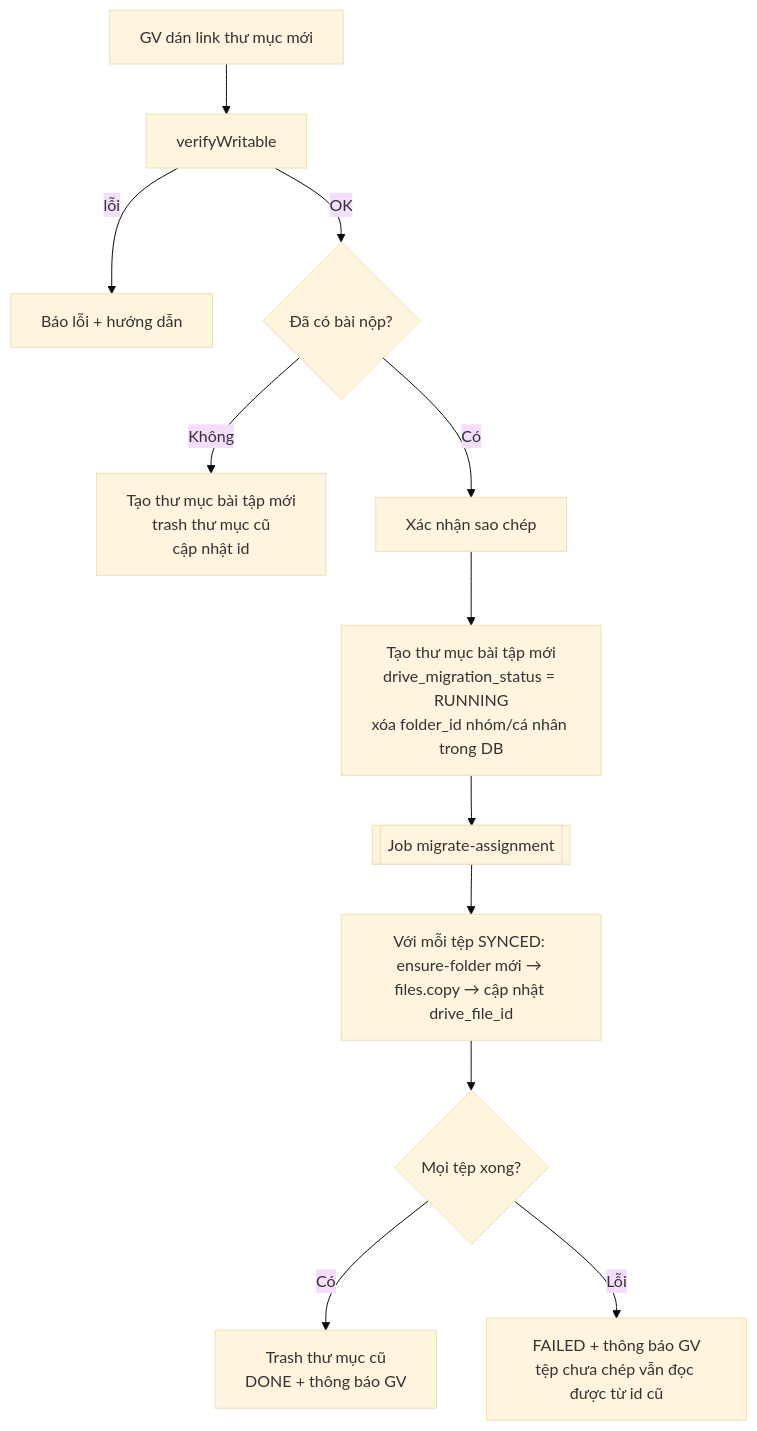
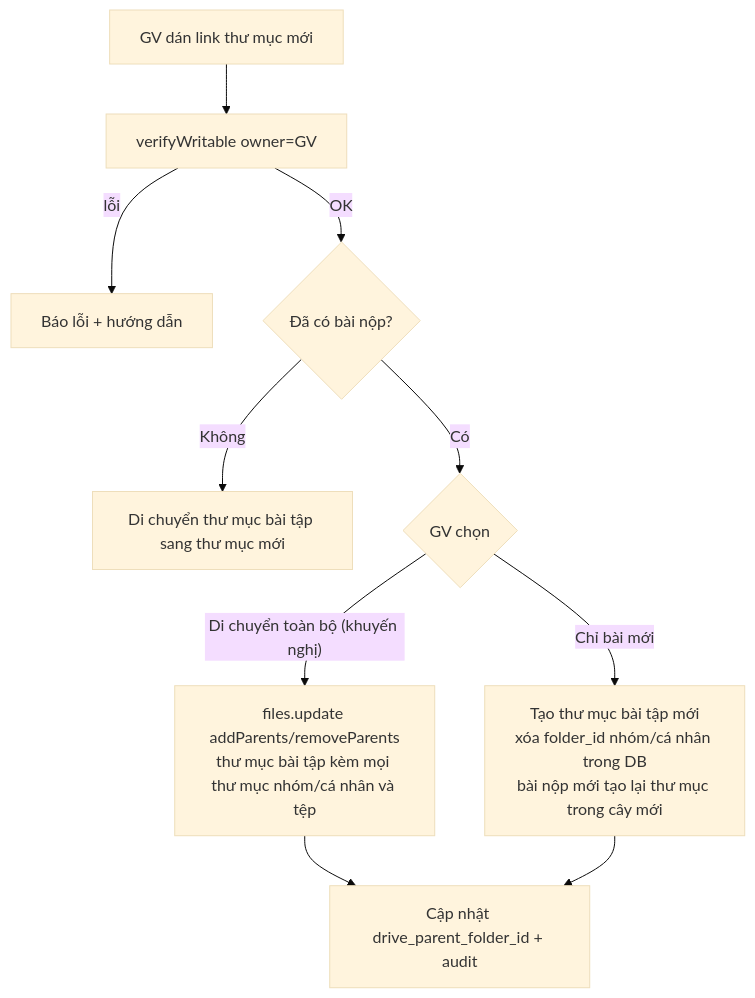
Diagram 11 of 12 in docs/ModuleFlows.md (Tuaanss/-ATN), drawn with Mermaid (base theme) before and after one commit. The commit also changed other lines of this file and 165 other files, not shown here.

````diff
--- a/docs/ModuleFlows.md
+++ b/docs/ModuleFlows.md
@@ -361,14 +394,12 @@
 ```mermaid
 flowchart TD
-  A[GV dán link thư mục mới] --> B[verifyWritable]
+  A[GV dán link thư mục mới] --> B[verifyWritable owner=GV]
   B -- lỗi --> X[Báo lỗi + hướng dẫn]
   B -- OK --> C{Đã có bài nộp?}
-  C -- Không --> D[Tạo thư mục bài tập mới<br/>trash thư mục cũ<br/>cập nhật id]
-  C -- Có --> E[Xác nhận sao chép]
-  E --> F[Tạo thư mục bài tập mới<br/>drive_migration_status = RUNNING<br/>xóa folder_id nhóm/cá nhân trong DB]
-  F --> G[[Job migrate-assignment]]
-  G --> H[Với mỗi tệp SYNCED: ensure-folder mới → files.copy → cập nhật drive_file_id]
-  H --> I{Mọi tệp xong?}
-  I -- Có --> J[Trash thư mục cũ<br/>DONE + thông báo GV]
-  I -- Lỗi --> K[FAILED + thông báo GV<br/>tệp chưa chép vẫn đọc được từ id cũ]
+  C -- Không --> D[Di chuyển thư mục bài tập sang thư mục mới]
+  C -- Có --> E{GV chọn}
+  E -- Di chuyển toàn bộ (khuyến nghị) --> F[files.update addParents/removeParents<br/>thư mục bài tập kèm mọi thư mục nhóm/cá nhân và tệp]
+  E -- Chỉ bài mới --> G[Tạo thư mục bài tập mới<br/>xóa folder_id nhóm/cá nhân trong DB<br/>bài nộp mới tạo lại thư mục trong cây mới]
+  F --> H[Cập nhật drive_parent_folder_id + audit]
+  G --> H
 ```
````
